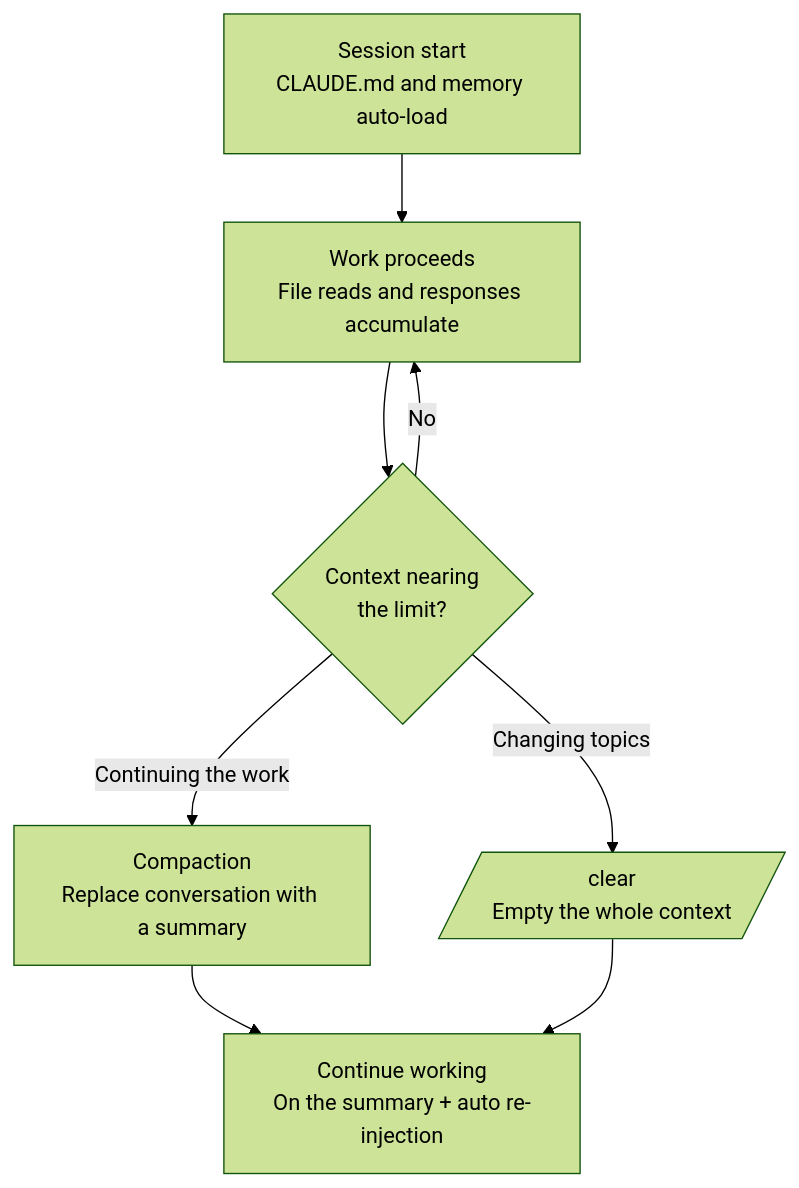
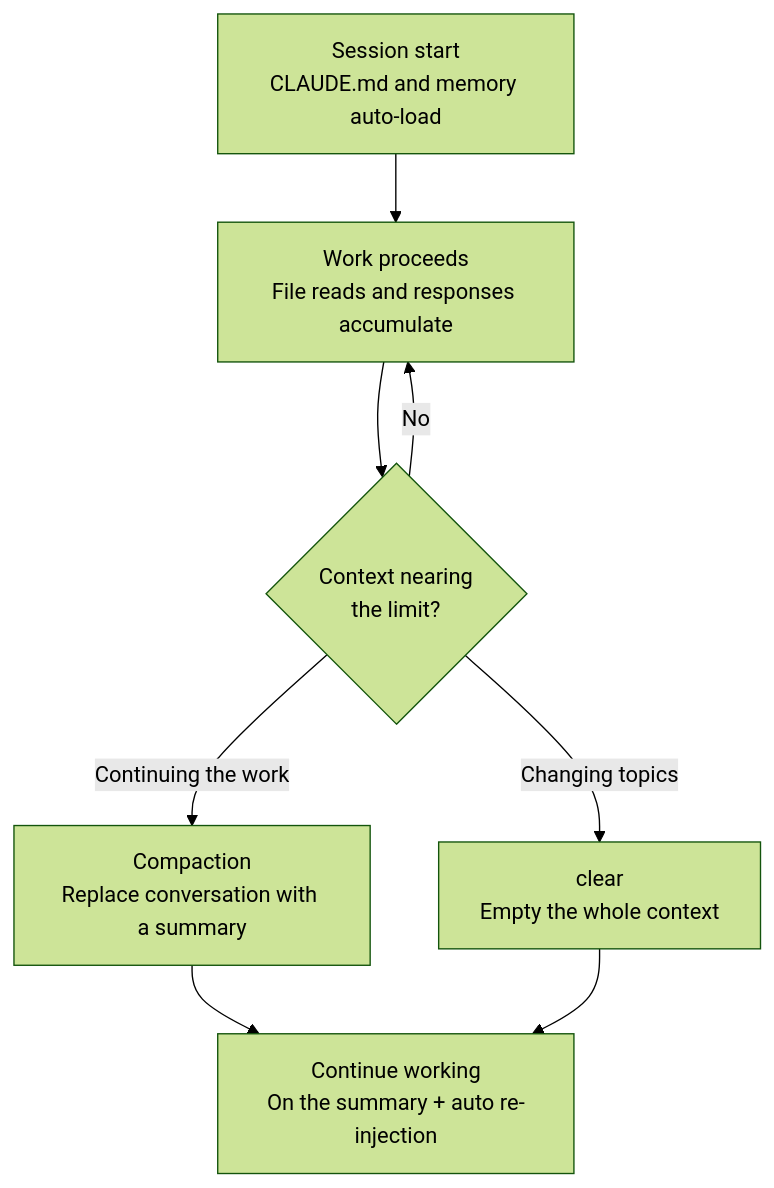
One commit to modu-ai/moai-adk changed the diagram in docs-site/content/en/claude-code/context-memory/context-window.md. Above: the diagram before and after it, drawn with Mermaid (forest theme). The commit also changed 86 other files, not shown here.

First line of the commit message:
docs(ossdocs): v3.1.1 doc-gap landing — 13-page x4-locale + mermaid fixes + version sync + backend-mix

````diff
--- a/docs-site/content/en/claude-code/context-memory/context-window.md
+++ b/docs-site/content/en/claude-code/context-memory/context-window.md
@@ -99,10 +99,10 @@
 ```mermaid
 flowchart TD
     A[Session start<br>CLAUDE.md and memory auto-load] --> B[Work proceeds<br>File reads and responses accumulate]
     B --> C{Context nearing<br>the limit?}
     C -->|No| B
     C -->|Continuing the work| D[Compaction<br>Replace conversation with a summary]
-    C -->|Changing topics| E[/clear<br>Empty the whole context/]
+    C -->|Changing topics| E["clear<br>Empty the whole context"]
     D --> F[Continue working<br>On the summary + auto re-injection]
     E --> F
 ```
````
